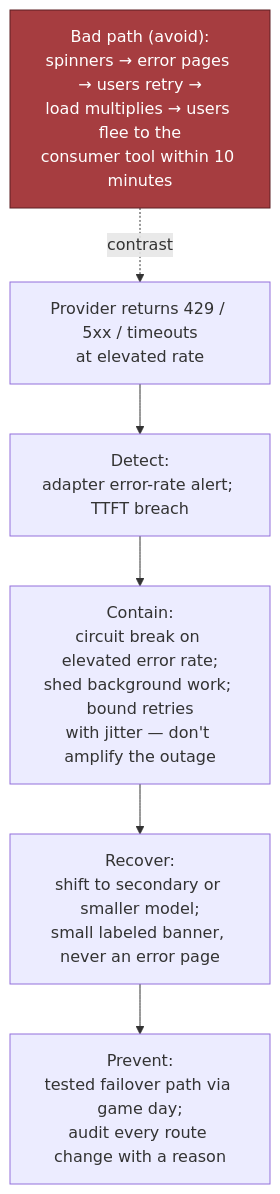
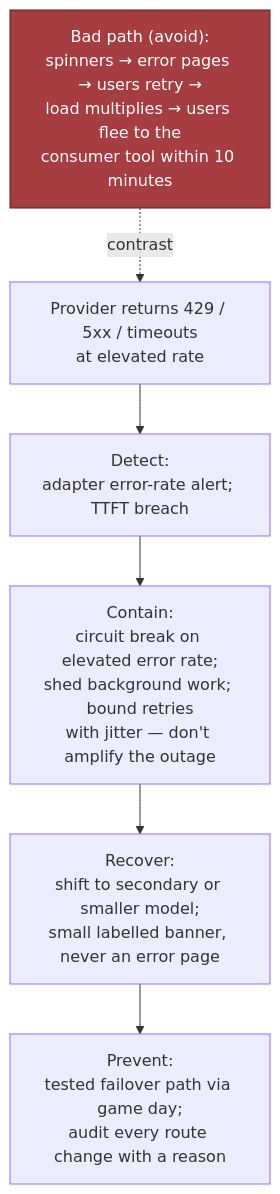
Before and after one commit to Sourav692/Forward-Deployed-Engineer-Interview-Prep: the fifth of 5 diagrams in 02_System_Design_Case_Studies/Standalone_Designs/26_Enterprise_Chatbot_Platform/3_Tutorial/26_Tutorial_Part_3.md, drawn with Mermaid. The commit also changed 191 other files, not shown here.

First line of the commit message:
content: British spellings inside diagrams (AF-06)

````diff
--- a/02_System_Design_Case_Studies/Standalone_Designs/26_Enterprise_Chatbot_Platform/3_Tutorial/26_Tutorial_Part_3.md
+++ b/02_System_Design_Case_Studies/Standalone_Designs/26_Enterprise_Chatbot_Platform/3_Tutorial/26_Tutorial_Part_3.md
@@ -256,9 +256,9 @@
 ```mermaid
 flowchart TD
     A["Provider returns 429 / 5xx / timeouts\nat elevated rate"] --> B["Detect:\nadapter error-rate alert; TTFT breach"]
     B --> C["Contain:\ncircuit break on elevated error rate;\nshed background work; bound retries\nwith jitter — don't amplify the outage"]
-    C --> D["Recover:\nshift to secondary or smaller model;\nsmall labeled banner, never an error page"]
+    C --> D["Recover:\nshift to secondary or smaller model;\nsmall labelled banner, never an error page"]
     D --> E["Prevent:\ntested failover path via game day;\naudit every route change with a reason"]
     F["Bad path (avoid):\nspinners → error pages → users retry →\nload multiplies → users flee to the\nconsumer tool within 10 minutes"] -.->|"contrast"| A
     style F fill:#a63d40,stroke:#5c1f22,color:#fff
 ```
````
